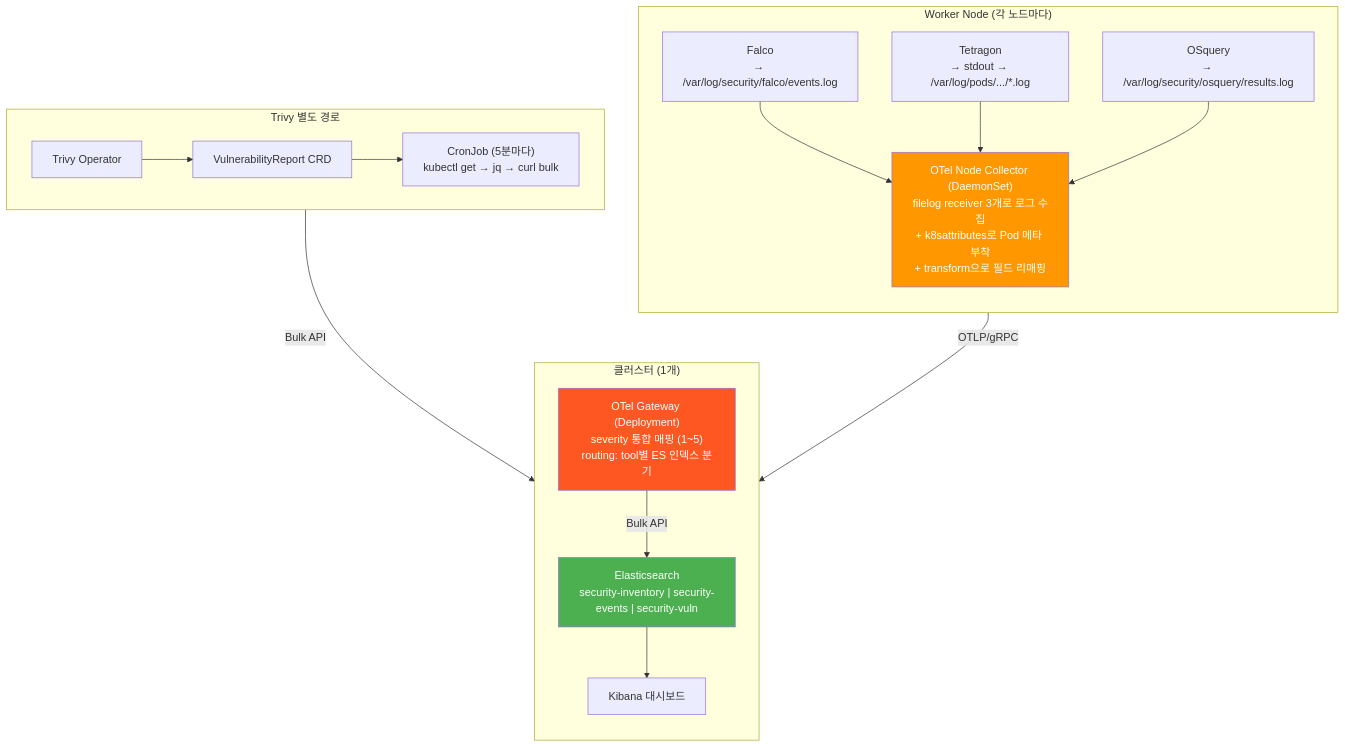
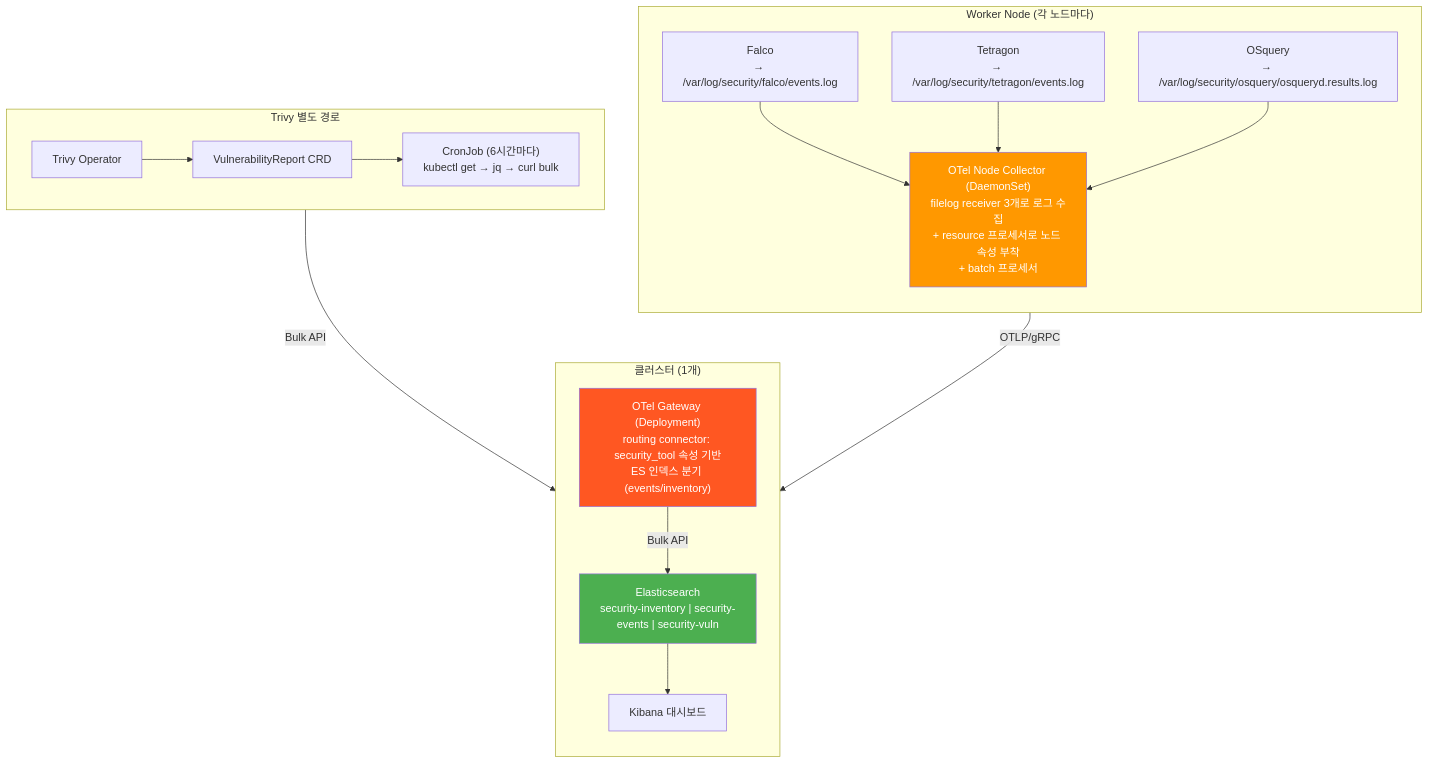
The eighth of 11 diagrams in docs/plan/security-operator-guide.md (gs-kikim/security-operator), drawn with Mermaid before and after one commit. The commit also changed other lines of this file and 9 other files, not shown here.

````diff
--- a/docs/plan/security-operator-guide.md
+++ b/docs/plan/security-operator-guide.md
@@ -329,39 +329,39 @@
 ```mermaid
 flowchart TB
     subgraph node["Worker Node (각 노드마다)"]
         direction TB
         F["Falco<br/>→ /var/log/security/falco/events.log"]
-        T["Tetragon<br/>→ stdout → /var/log/pods/.../*.log"]
-        O["OSquery<br/>→ /var/log/security/osquery/results.log"]
+        T["Tetragon<br/>→ /var/log/security/tetragon/events.log"]
+        O["OSquery<br/>→ /var/log/security/osquery/osqueryd.results.log"]
 
-        OTN["OTel Node Collector (DaemonSet)<br/>filelog receiver 3개로 로그 수집<br/>+ k8sattributes로 Pod 메타 부착<br/>+ transform으로 필드 리매핑"]
+        OTN["OTel Node Collector (DaemonSet)<br/>filelog receiver 3개로 로그 수집<br/>+ resource 프로세서로 노드 속성 부착<br/>+ batch 프로세서"]
 
         F --> OTN
         T --> OTN
         O --> OTN
     end
 
     subgraph cluster["클러스터 (1개)"]
         direction TB
-        OTG["OTel Gateway (Deployment)<br/>severity 통합 매핑 (1~5)<br/>routing: tool별 ES 인덱스 분기"]
+        OTG["OTel Gateway (Deployment)<br/>routing connector: security_tool 속성 기반<br/>ES 인덱스 분기 (events/inventory)"]
 
         ES["Elasticsearch<br/>security-inventory | security-events | security-vuln"]
 
         KB["Kibana 대시보드"]
     end
 
     subgraph trivy_path["Trivy 별도 경로"]
         direction LR
         TR["Trivy Operator"] --> VR["VulnerabilityReport CRD"]
-        VR --> CJ["CronJob (5분마다)<br/>kubectl get → jq → curl bulk"]
+        VR --> CJ["CronJob (6시간마다)<br/>kubectl get → jq → curl bulk"]
     end
 
     OTN -- "OTLP/gRPC" --> OTG
     OTG -- "Bulk API" --> ES
     CJ -- "Bulk API" --> ES
     ES --> KB
 
     style OTN fill:#FF9800,color:#fff
     style OTG fill:#FF5722,color:#fff
     style ES fill:#4CAF50,color:#fff
 ```
````
